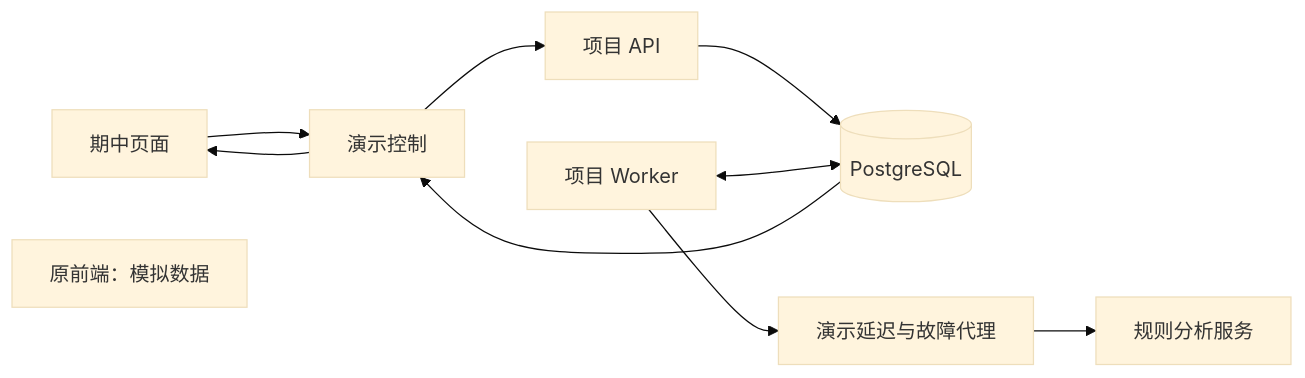
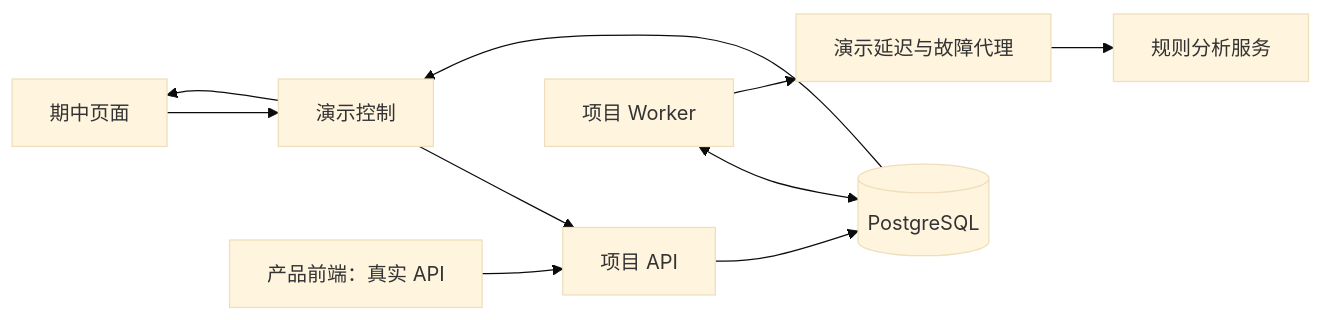
One commit to Fei-stack-wq/maie6000c-PRI changed the fourth of 6 diagrams in docs/architecture.md. Above: the diagram before and after it, drawn with Mermaid (base theme). The commit also changed other lines of this file and 10 other files, not shown here.

Commit message:
Fix documentation access and verify authenticated review flow

````diff
--- a/docs/architecture.md
+++ b/docs/architecture.md
@@ -146,12 +155,12 @@
 ```mermaid
 flowchart LR
     Page[期中页面] --> Presenter[演示控制]
     Presenter --> API[项目 API]
     API --> DB[(PostgreSQL)]
     Worker[项目 Worker] <--> DB
     Worker --> Proxy[演示延迟与故障代理]
     Proxy --> AI[规则分析服务]
     DB --> Presenter
     Presenter --> Page
-    Original[原前端：模拟数据]
+    Original[产品前端：真实 API] --> API
 ```
````
